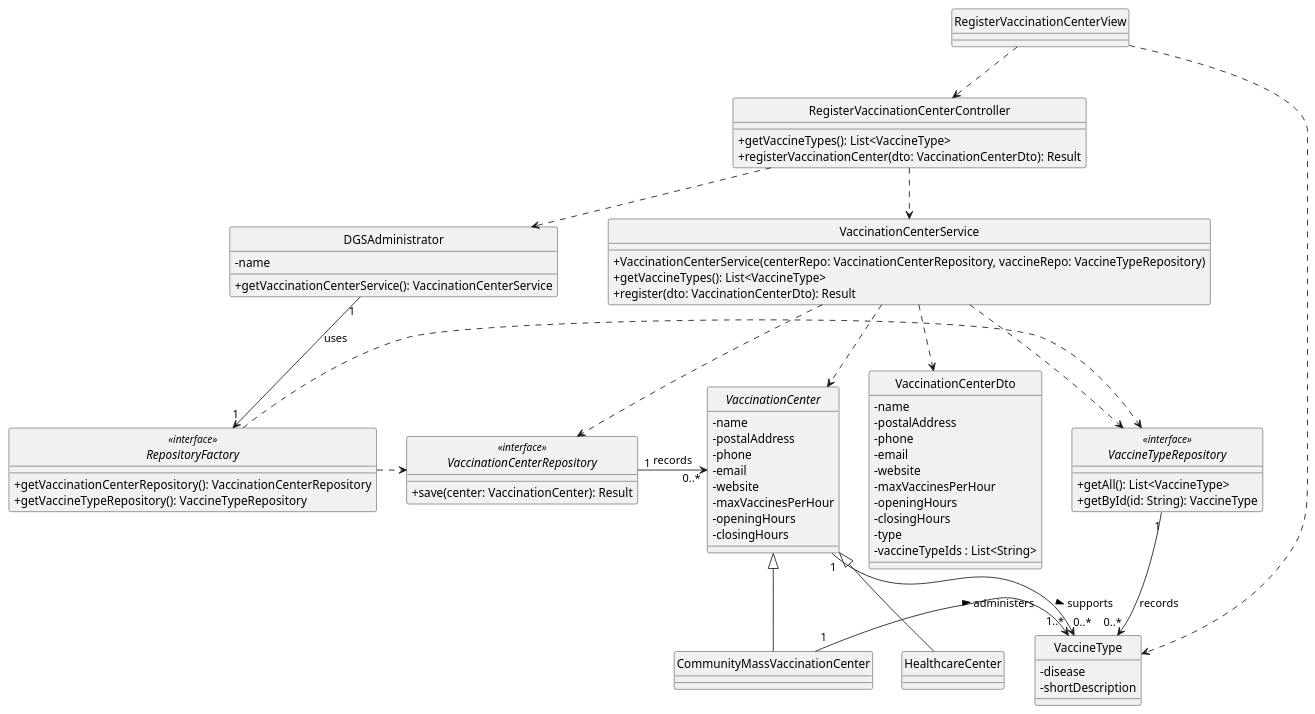
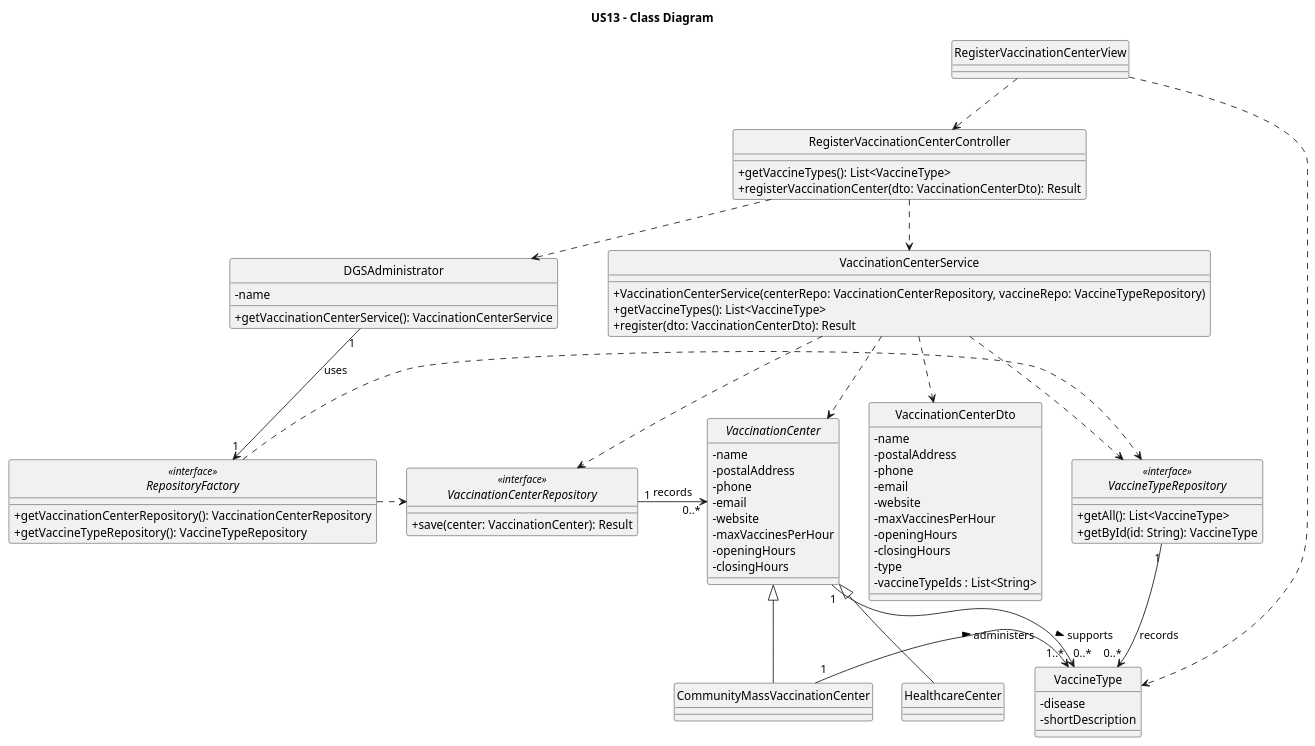
The diagram in docs/system-documentation/US13/puml/US13-CD.puml (luluisfcm/leti-esoft-25-26-B5), drawn with PlantUML before and after one commit. The commit also changed 7 other files, not shown here.

```diff
--- a/docs/system-documentation/US13/puml/US13-CD.puml
+++ b/docs/system-documentation/US13/puml/US13-CD.puml
@@ -1,106 +1,107 @@
 @startuml
+title US13 - Class Diagram
 'https://plantuml.com/class-diagram
 
 hide circle
 skinparam classAttributeIconSize 0
 
 ' ===================== View =====================
 class RegisterVaccinationCenterView {
 }
 
 ' ===================== Controller =====================
 class RegisterVaccinationCenterController {
     +getVaccineTypes(): List<VaccineType>
     +registerVaccinationCenter(dto: VaccinationCenterDto): Result
 }
 
 ' ===================== Actor =====================
 class DGSAdministrator {
     - name
     + getVaccinationCenterService(): VaccinationCenterService
 }
 
 ' ===================== Service =====================
 class VaccinationCenterService {
     + VaccinationCenterService(centerRepo: VaccinationCenterRepository, vaccineRepo: VaccineTypeRepository)
     + getVaccineTypes(): List<VaccineType>
     + register(dto: VaccinationCenterDto): Result
 }
 
 ' ===================== DTO =====================
 class VaccinationCenterDto {
     - name
     - postalAddress
     - phone
     - email
     - website
     - maxVaccinesPerHour
     - openingHours
     - closingHours
     - type
     - vaccineTypeIds : List<String>
 }
 
 ' ===================== Repositories =====================
 interface VaccinationCenterRepository <<interface>> {
     + save(center: VaccinationCenter): Result
 }
 
 interface VaccineTypeRepository <<interface>> {
     + getAll(): List<VaccineType>
     + getById(id: String): VaccineType
 }
 
 ' ===================== Repository Factory =====================
 interface RepositoryFactory <<interface>> {
     + getVaccinationCenterRepository(): VaccinationCenterRepository
     + getVaccineTypeRepository(): VaccineTypeRepository
 }
 
 ' ===================== Domain =====================
 abstract class VaccinationCenter {
     - name
     - postalAddress
     - phone
     - email
     - website
     - maxVaccinesPerHour
     - openingHours
     - closingHours
 }
 
 class CommunityMassVaccinationCenter
 class HealthcareCenter
 
 class VaccineType {
     - disease
     - shortDescription
 }
 
 VaccinationCenter <|-- CommunityMassVaccinationCenter
 VaccinationCenter <|-- HealthcareCenter
 
 VaccinationCenter "1" -right-> "0..*" VaccineType : supports >
 CommunityMassVaccinationCenter "1" -right-> "1..*" VaccineType : administers >
 
 ' ===================== Associations =====================
 RegisterVaccinationCenterView ..> RegisterVaccinationCenterController
 RegisterVaccinationCenterView ..> VaccineType
 
 RegisterVaccinationCenterController ..> DGSAdministrator
 RegisterVaccinationCenterController ..> VaccinationCenterService
 
 VaccinationCenterService ..> VaccinationCenterRepository
 VaccinationCenterService ..> VaccineTypeRepository
 VaccinationCenterService ..> VaccinationCenterDto
 VaccinationCenterService ..> VaccinationCenter
 
 DGSAdministrator "1" -down-> "1" RepositoryFactory : uses
 
 RepositoryFactory .right.> VaccinationCenterRepository
 RepositoryFactory .right.> VaccineTypeRepository
 
 VaccinationCenterRepository "1" -right-> "0..*" VaccinationCenter : records
 VaccineTypeRepository "1" -right-> "0..*" VaccineType : records
 
 @enduml
```
